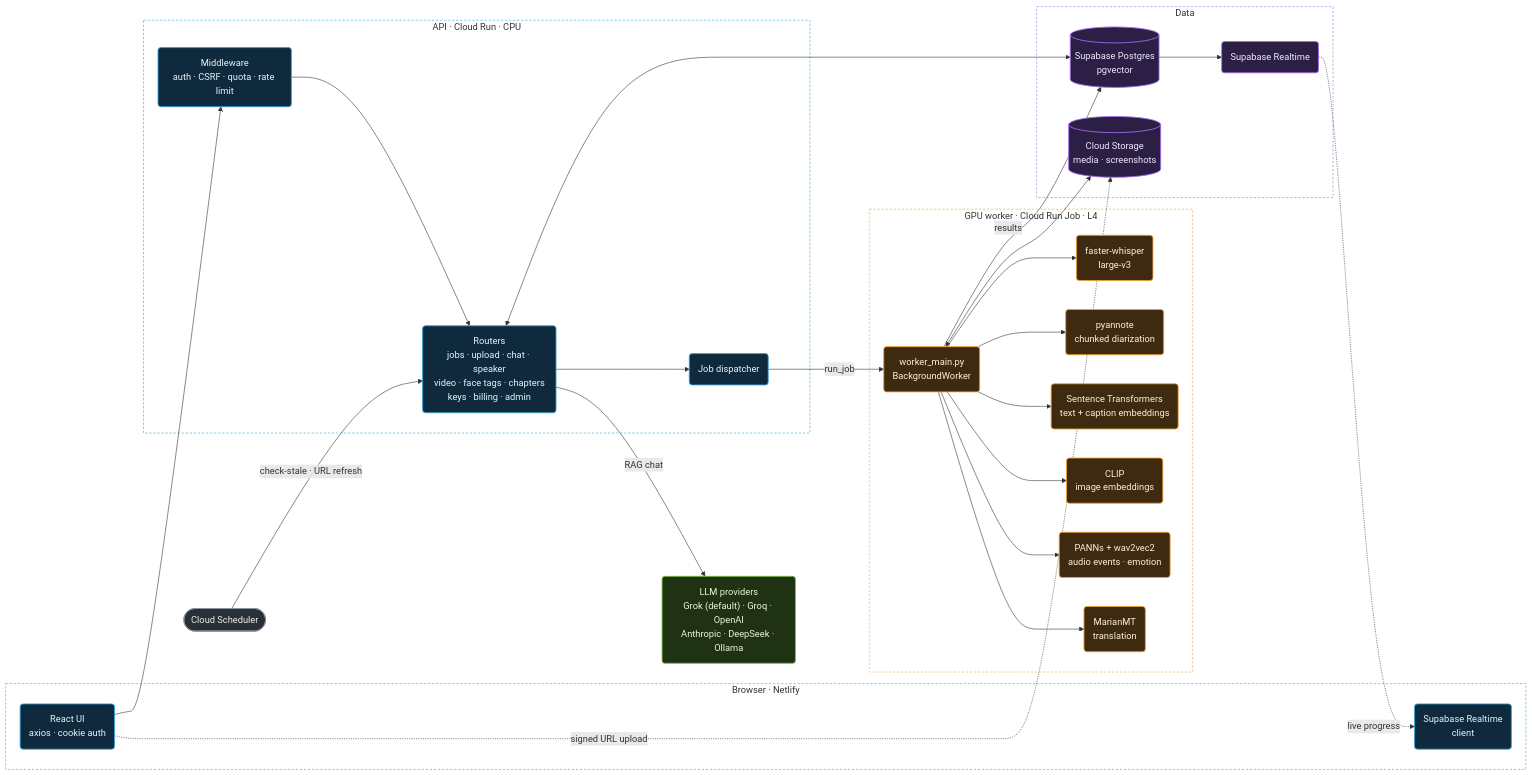
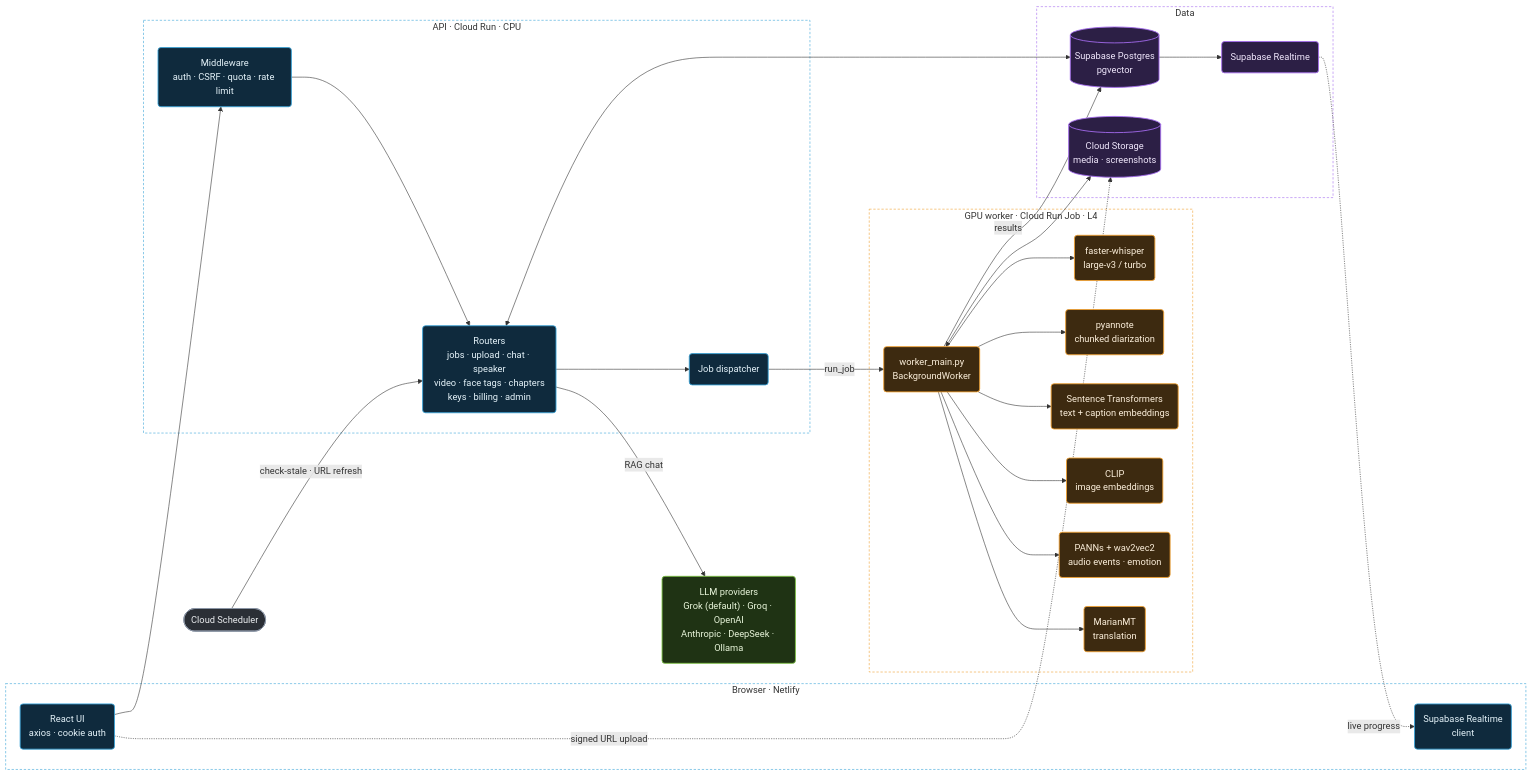
One commit to Ugur22/ai-subtitles changed the first of 5 diagrams in docs/ARCHITECTURE.md. Above: the diagram before and after it, drawn with Mermaid. The commit also changed 20 other files, not shown here.

First line of the commit message:
Let each upload choose Whisper large-v3 or turbo, and bake only loaded embedding weights

````diff
--- a/docs/ARCHITECTURE.md
+++ b/docs/ARCHITECTURE.md
@@ -9,59 +9,59 @@
 ```mermaid
 flowchart LR
     subgraph Client["Browser · Netlify"]
         UI("React UI<br/>axios · cookie auth")
         RT("Supabase Realtime<br/>client")
     end
 
     subgraph Service["API · Cloud Run · CPU"]
         MW("Middleware<br/>auth · CSRF · quota · rate limit")
         Routers("Routers<br/>jobs · upload · chat · speaker<br/>video · face tags · chapters<br/>keys · billing · admin")
         Disp("Job dispatcher")
     end
 
     subgraph Worker["GPU worker · Cloud Run Job · L4"]
         BW("worker_main.py<br/>BackgroundWorker")
-        WH("faster-whisper<br/>large-v3")
+        WH("faster-whisper<br/>large-v3 / turbo")
         PY("pyannote<br/>chunked diarization")
         EMB("Sentence Transformers<br/>text + caption embeddings")
         CL("CLIP<br/>image embeddings")
         PN("PANNs + wav2vec2<br/>audio events · emotion")
         MT("MarianMT<br/>translation")
     end
 
     subgraph Data["Data"]
         PG[("Supabase Postgres<br/>pgvector")]
         SBRT("Supabase Realtime")
         GCS[("Cloud Storage<br/>media · screenshots")]
     end
 
     LLM("LLM providers<br/>Grok (default) · Groq · OpenAI<br/>Anthropic · DeepSeek · Ollama")
     Sched(["Cloud Scheduler"])
 
     UI --> MW --> Routers
     UI -. signed URL upload .-> GCS
     Routers <--> PG
     Routers --> Disp -->|run_job| BW
     BW --> WH & PY & EMB & CL & PN & MT
     BW <--> GCS
     BW -->|results| PG
     PG --> SBRT -.->|live progress| RT
     Routers -->|RAG chat| LLM
     Sched -->|check-stale · URL refresh| Routers
 
     classDef app fill:#0f2a3d,stroke:#38a3d8,color:#e6f4fb,stroke-width:1.5px
     classDef gpu fill:#3d2a10,stroke:#f0a030,color:#fdf0dc,stroke-width:1.5px
     classDef data fill:#2c1f45,stroke:#a56cf0,color:#f1e8fd,stroke-width:1.5px
     classDef ai fill:#1f3314,stroke:#7cc043,color:#eaf7dc,stroke-width:1.5px
     classDef misc fill:#2b2f36,stroke:#8b95a5,color:#eef0f3,stroke-width:1.5px
 
     class UI,RT,MW,Routers,Disp app
     class BW,WH,PY,EMB,CL,PN,MT gpu
     class PG,SBRT,GCS data
     class LLM ai
     class Sched misc
     style Client fill:none,stroke:#38a3d8,stroke-dasharray:4 3
     style Service fill:none,stroke:#38a3d8,stroke-dasharray:4 3
     style Worker fill:none,stroke:#f0a030,stroke-dasharray:4 3
     style Data fill:none,stroke:#a56cf0,stroke-dasharray:4 3
 ```
````
